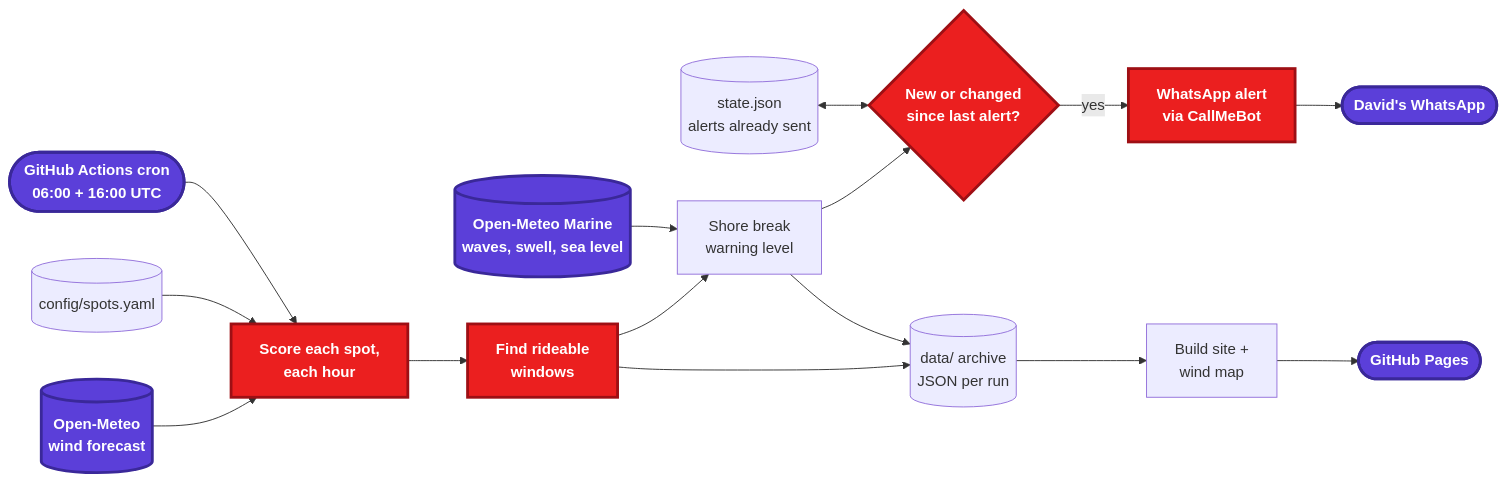
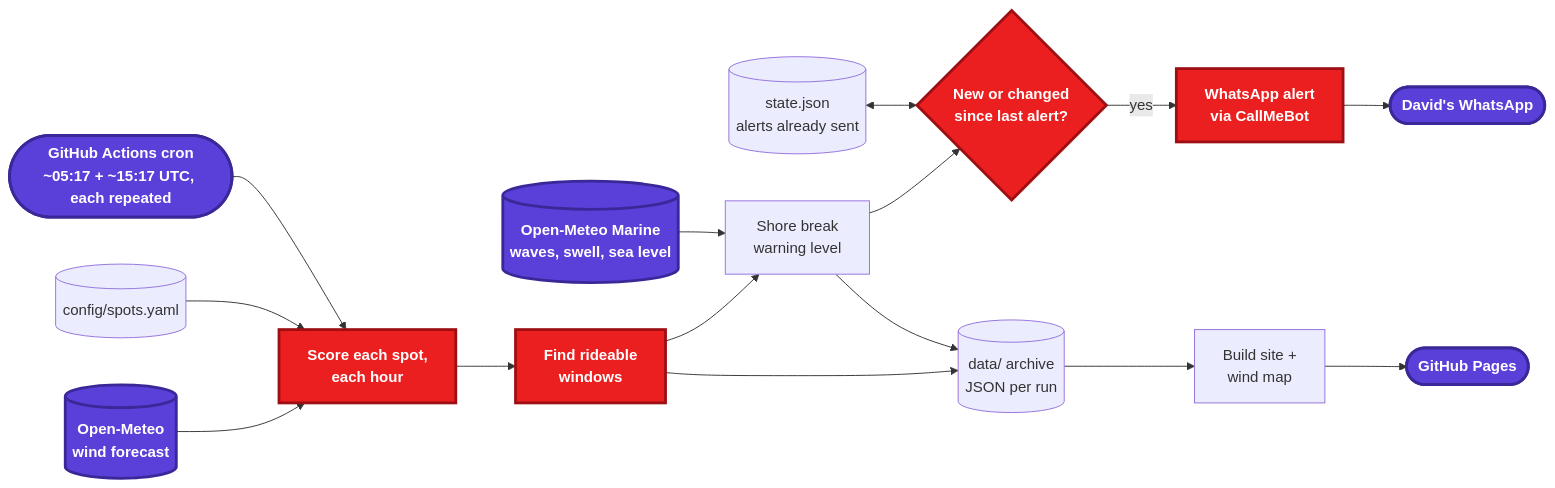
The first of 2 diagrams in docs/specs/wing-alert.md (daplein/wing-alert), drawn with Mermaid before and after one commit. The commit also changed other lines of this file and 1 other file, not shown here.

````diff
--- a/docs/specs/wing-alert.md
+++ b/docs/specs/wing-alert.md
@@ -29,34 +29,34 @@
 ```mermaid
 flowchart LR
-    cron([GitHub Actions cron<br/>06:00 + 16:00 UTC]):::ext
+    cron([GitHub Actions cron<br/>~05:17 + ~15:17 UTC, each repeated]):::ext
     spots[(config/spots.yaml)]
     wind[(Open-Meteo<br/>wind forecast)]:::ext
     sea[(Open-Meteo Marine<br/>waves, swell, sea level)]:::ext
     state[(state.json<br/>alerts already sent)]
     archive[(data/ archive<br/>JSON per run)]
 
     score[Score each spot,<br/>each hour]:::hot
     windows[Find rideable<br/>windows]:::hot
     risk[Shore break<br/>warning level]
     new{New or changed<br/>since last alert?}:::hot
     send[WhatsApp alert<br/>via CallMeBot]:::hot
     site[Build site +<br/>wind map]
     me([David's WhatsApp]):::ext
     pages([GitHub Pages]):::ext
 
     cron --> score
     spots --> score
     wind --> score
     score --> windows
     sea --> risk
     windows --> risk
     risk --> new
     state <--> new
     new -- yes --> send --> me
     windows --> archive
     risk --> archive
     archive --> site --> pages
 
     classDef hot fill:#EB1F1F,stroke:#9E0F14,stroke-width:3px,color:#fff,font-weight:bold
     classDef ext fill:#5B3FD9,stroke:#3A2899,stroke-width:3px,color:#fff,font-weight:bold
 ```
````
